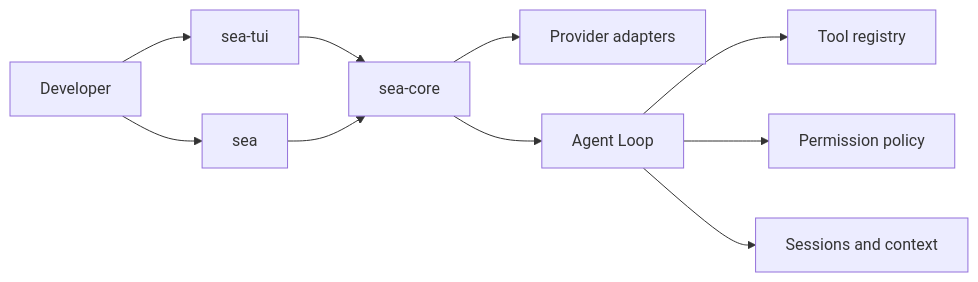
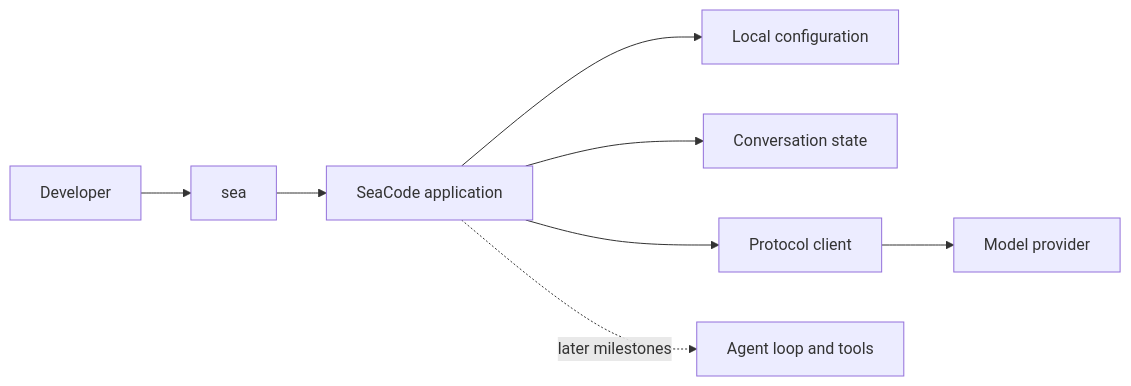
One commit to seaFall98/SeaCode changed the diagram in README.md. Above: the diagram before and after it, drawn with Mermaid. The commit also changed other lines of this file and 26 other files, not shown here.

Commit message:
feat: add provider conversation tui

````diff
--- a/README.md
+++ b/README.md
@@ -16,12 +18,10 @@
 ```mermaid
 flowchart LR
-    User[Developer] --> TUI[sea-tui]
-    User --> CLI[sea]
-    TUI --> Core[sea-core]
-    CLI --> Core
-    Core --> Provider[Provider adapters]
-    Core --> Loop[Agent Loop]
-    Loop --> Tools[Tool registry]
-    Loop --> Policy[Permission policy]
-    Loop --> State[Sessions and context]
+    Developer --> Sea[sea]
+    Sea --> App[SeaCode application]
+    App --> Config[Local configuration]
+    App --> Conversation[Conversation state]
+    App --> Client[Protocol client]
+    Client --> Model[Model provider]
+    App -. later milestones .-> Agent[Agent loop and tools]
 ```
````
